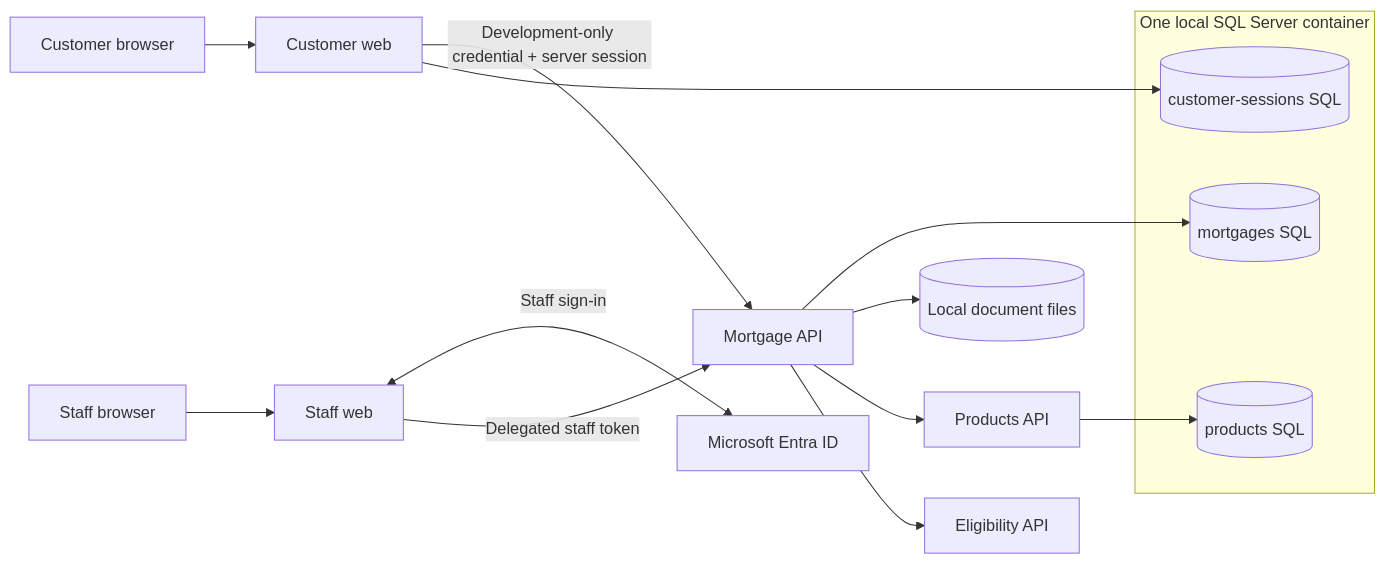
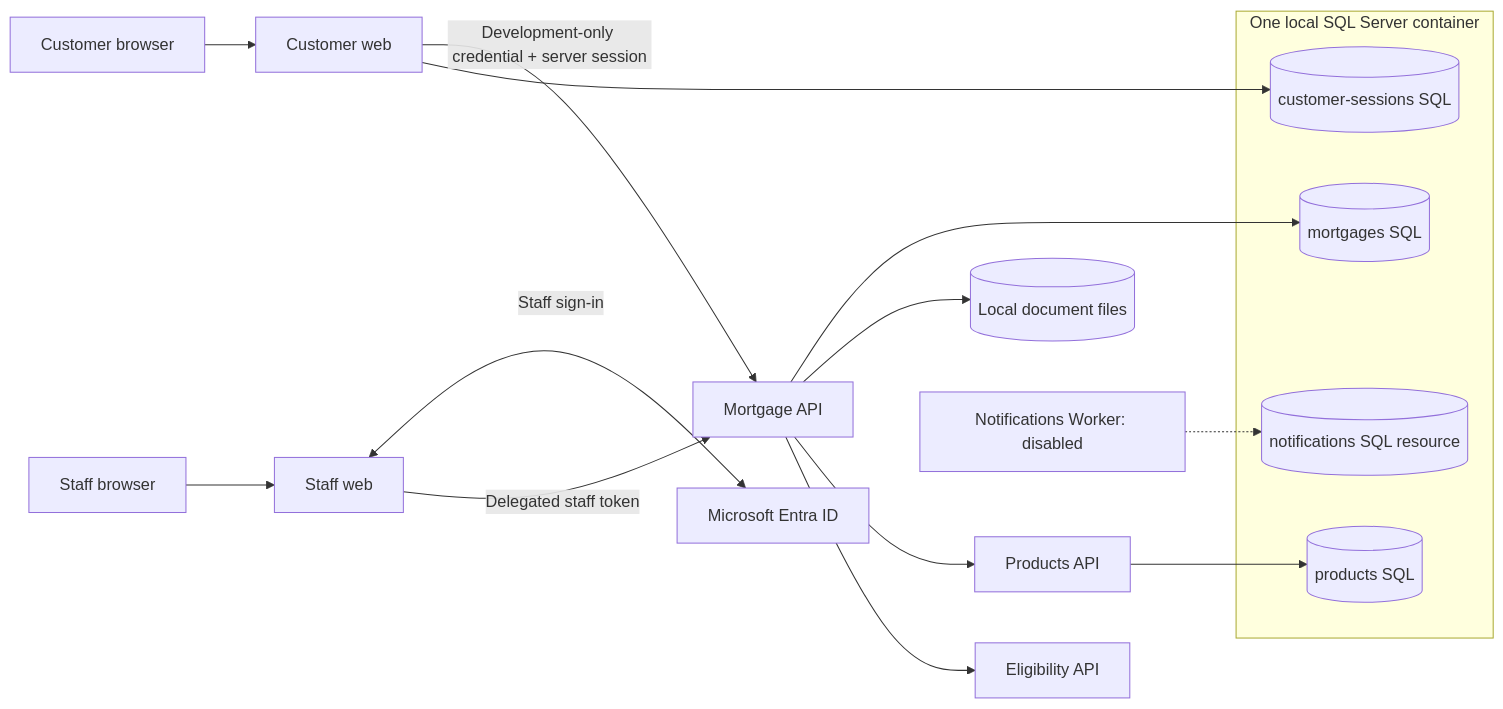
The second of 4 diagrams in docs/architecture.md (eyeballpaul/Mortgage-Processing-Application), drawn with Mermaid before and after one commit. The commit also changed other lines of this file and 40 other files, not shown here.

````diff
--- a/docs/architecture.md
+++ b/docs/architecture.md
@@ -53,19 +55,21 @@
 ```mermaid
 flowchart LR
     subgraph Docker["One local SQL Server container"]
         Sessions[(customer-sessions SQL)]
         Mortgage[(mortgages SQL)]
         ProductDb[(products SQL)]
+        Notifications[(notifications SQL resource)]
     end
     Browser[Customer browser] --> Customer[Customer web]
     StaffBrowser[Staff browser] --> Staff[Staff web]
     Staff <-->|Staff sign-in| Entra[Microsoft Entra ID]
     Customer -->|Development-only credential + server session| API[Mortgage API]
     Staff -->|Delegated staff token| API
     Customer --> Sessions
     API --> Mortgage
     API --> Documents[(Local document files)]
     API --> Products[Products API]
     API --> Eligibility[Eligibility API]
     Products --> ProductDb
+    Worker[Notifications Worker: disabled] -.-> Notifications
 ```
````
